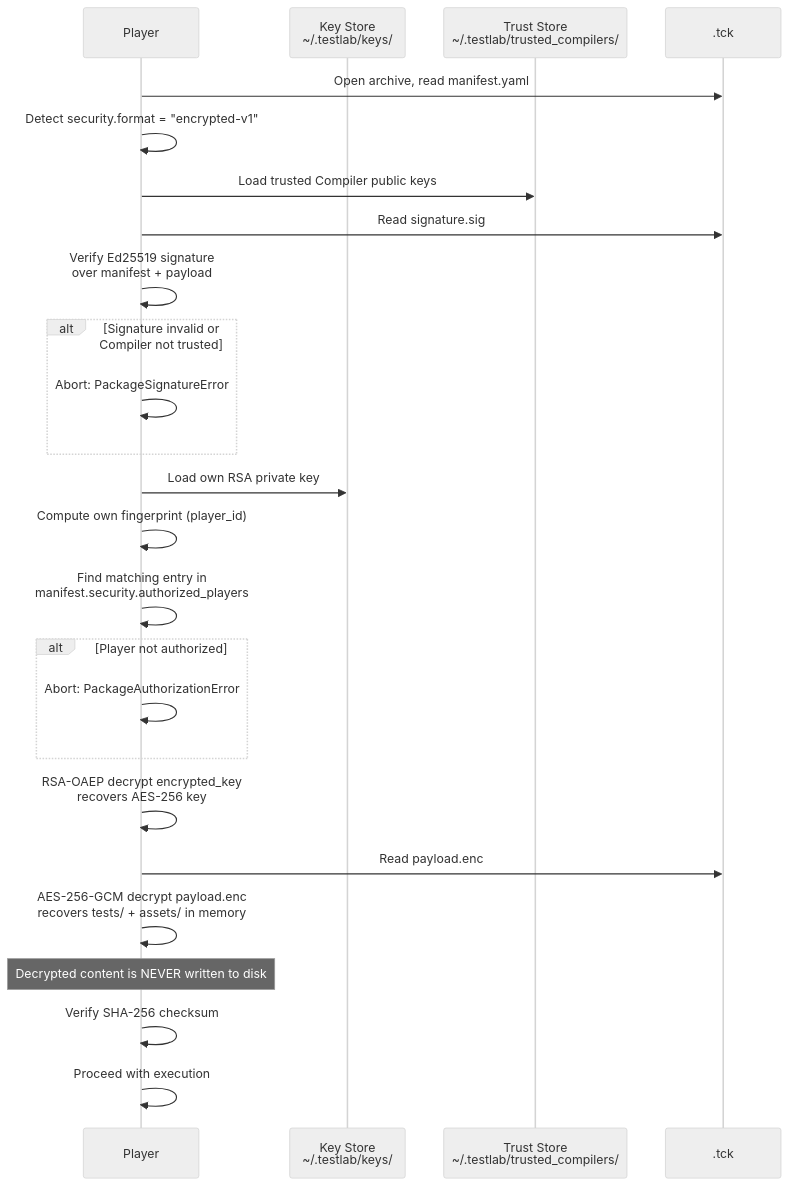
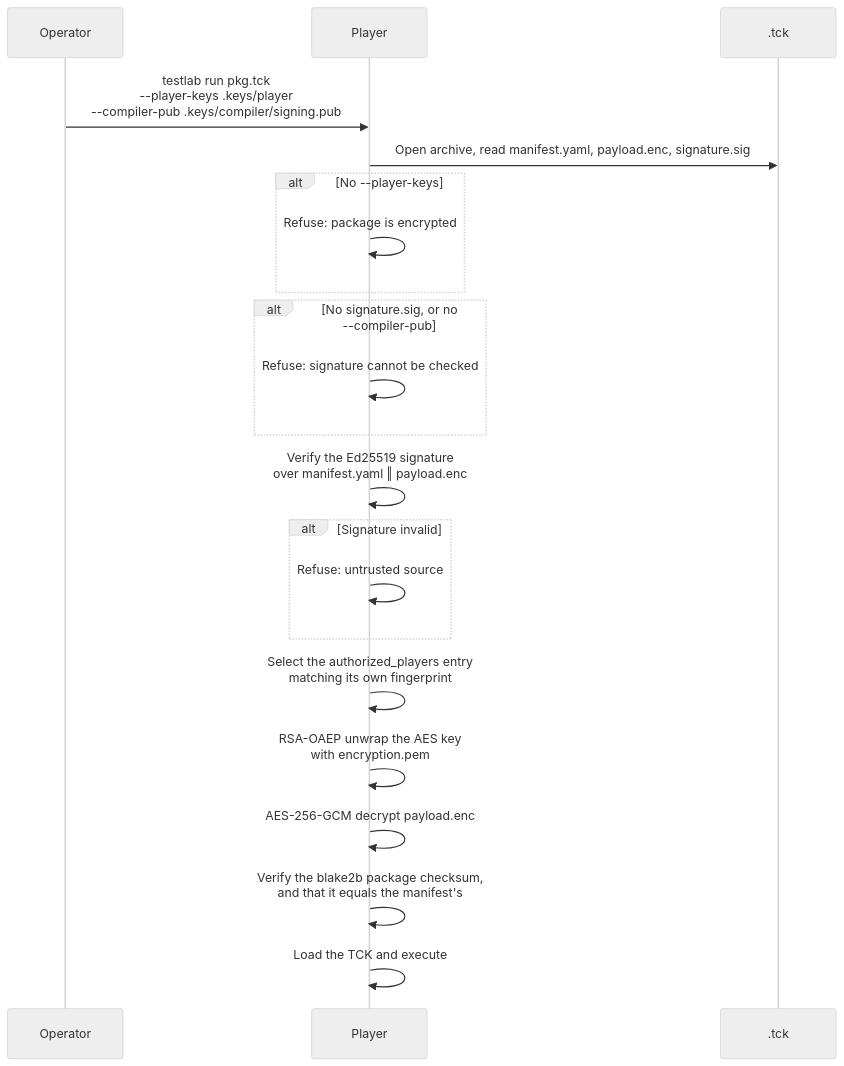
One commit to eclipse-tractusx/tractusx-testlab changed the second of 2 diagrams in docs/specification/specification/security.md. Above: the diagram before and after it, drawn with Mermaid (neutral theme). The commit also changed other lines of this file and 155 other files, not shown here.

````diff
--- a/docs/specification/specification/security.md
+++ b/docs/specification/specification/security.md
@@ -101,34 +118,28 @@
 ```mermaid
 sequenceDiagram
+    participant O as Operator
     participant P as Player
-    participant KS as Key Store<br/>~/.testlab/keys/
-    participant TS as Trust Store<br/>~/.testlab/trusted_compilers/
     participant PKG as .tck
 
-    P->>PKG: Open archive, read manifest.yaml
-    P->>P: Detect security.format = "encrypted-v1"
-    P->>TS: Load trusted Compiler public keys
-    P->>PKG: Read signature.sig
-    P->>P: Verify Ed25519 signature<br/>over manifest + payload
+    O->>P: testlab run pkg.tck<br/>--player-keys .keys/player<br/>--compiler-pub .keys/compiler/signing.pub
+    P->>PKG: Open archive, read manifest.yaml, payload.enc, signature.sig
 
-    alt Signature invalid or Compiler not trusted
-        P->>P: Abort: PackageSignatureError
+    alt No --player-keys
+        P->>P: Refuse: package is encrypted
     end
 
-    P->>KS: Load own RSA private key
-    P->>P: Compute own fingerprint (player_id)
-    P->>P: Find matching entry in<br/>manifest.security.authorized_players
-
-    alt Player not authorized
-        P->>P: Abort: PackageAuthorizationError
+    alt No signature.sig, or no --compiler-pub
+        P->>P: Refuse: signature cannot be checked
     end
 
-    P->>P: RSA-OAEP decrypt encrypted_key<br/>recovers AES-256 key
-    P->>PKG: Read payload.enc
-    P->>P: AES-256-GCM decrypt payload.enc<br/>recovers tests/ + assets/ in memory
+    P->>P: Verify the Ed25519 signature<br/>over manifest.yaml ‖ payload.enc
+    alt Signature invalid
+        P->>P: Refuse: untrusted source
+    end
 
-    Note over P: Decrypted content is NEVER written to disk
-
-    P->>P: Verify SHA-256 checksum
-    P->>P: Proceed with execution
+    P->>P: Select the authorized_players entry<br/>matching its own fingerprint
+    P->>P: RSA-OAEP unwrap the AES key<br/>with encryption.pem
+    P->>P: AES-256-GCM decrypt payload.enc
+    P->>P: Verify the blake2b package checksum,<br/>and that it equals the manifest's
+    P->>P: Load the TCK and execute
 ```
````
